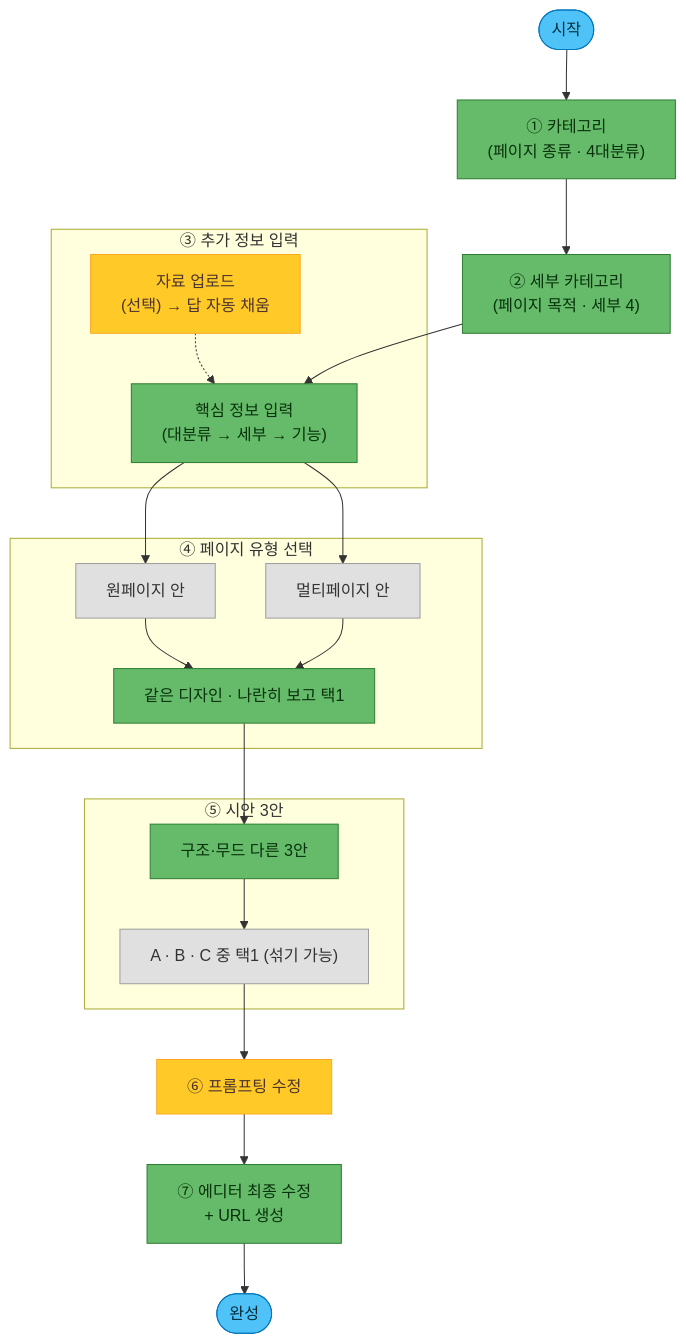
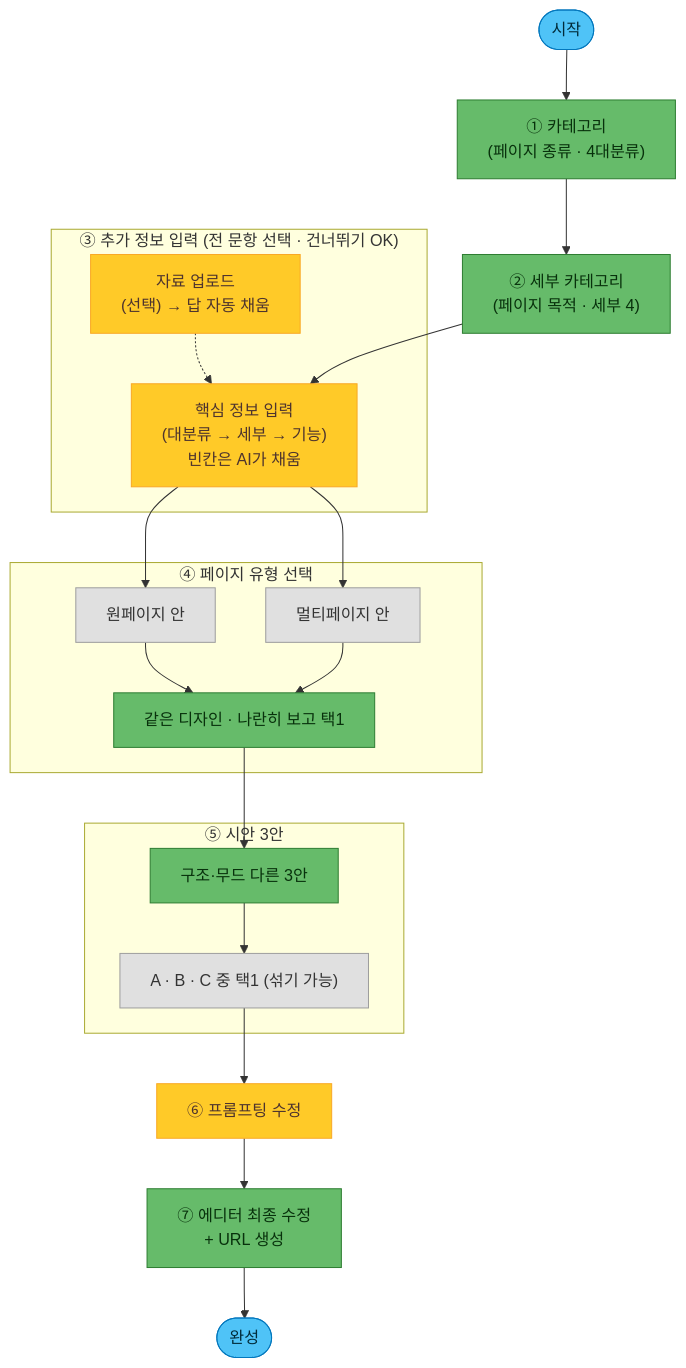
The diagram in 1. 작업 가이드/1-9. AI 유저 플로우 (제품 설계도).md (CdBd-in/cdbd-templates), drawn with Mermaid before and after one commit. The commit also changed other lines of this file and 1 other file, not shown here.

````diff
--- a/1. 작업 가이드/1-9. AI 유저 플로우 (제품 설계도).md
+++ b/1. 작업 가이드/1-9. AI 유저 플로우 (제품 설계도).md
@@ -327,37 +329,37 @@
 ```mermaid
 flowchart TD
     Start(["시작"]):::term
     C1["① 카테고리<br/>(페이지 종류 · 4대분류)"]:::req
     C2["② 세부 카테고리<br/>(페이지 목적 · 세부 4)"]:::req
-    subgraph P3["③ 추가 정보 입력"]
-        QS["핵심 정보 입력<br/>(대분류 → 세부 → 기능)"]:::req
+    subgraph P3["③ 추가 정보 입력 (전 문항 선택 · 건너뛰기 OK)"]
+        QS["핵심 정보 입력<br/>(대분류 → 세부 → 기능)<br/>빈칸은 AI가 채움"]:::opt
         UP["자료 업로드<br/>(선택) → 답 자동 채움"]:::opt
         UP -.-> QS
     end
     subgraph P4["④ 페이지 유형 선택"]
         ONE["원페이지 안"]:::sub
         MUL["멀티페이지 안"]:::sub
         PICK["같은 디자인 · 나란히 보고 택1"]:::req
         ONE --> PICK
         MUL --> PICK
     end
     subgraph P5["⑤ 시안 3안"]
         G["구조·무드 다른 3안"]:::req
         ABC["A · B · C 중 택1 (섞기 가능)"]:::sub
         G --> ABC
     end
     P6["⑥ 프롬프팅 수정"]:::opt
     P7["⑦ 에디터 최종 수정<br/>+ URL 생성"]:::req
     Done(["완성"]):::term
 
     Start --> C1 --> C2 --> QS
     QS --> ONE
     QS --> MUL
     PICK --> G
     ABC --> P6 --> P7 --> Done
 
     classDef term fill:#4FC3F7,stroke:#0277BD,color:#012B39;
     classDef opt fill:#FFCA28,stroke:#F9A825,color:#4E342E;
     classDef req fill:#66BB6A,stroke:#2E7D32,color:#08310C;
     classDef sub fill:#E0E0E0,stroke:#9E9E9E,color:#333333;
 ```
````
